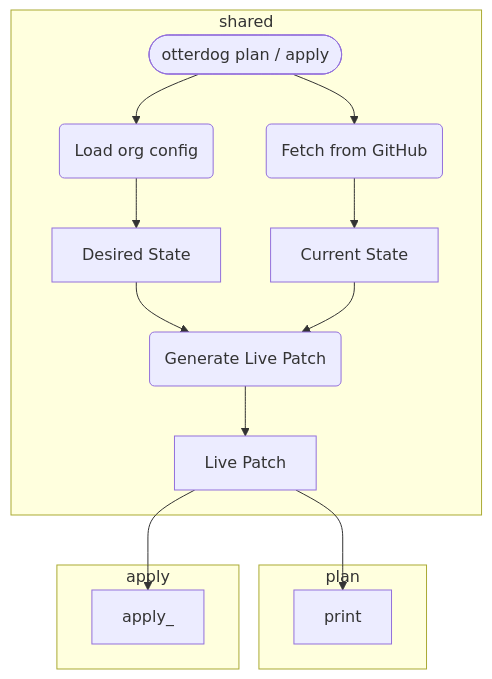
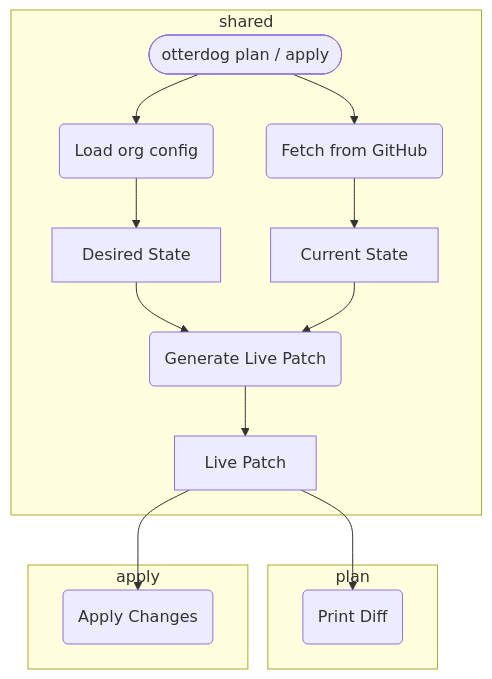
Before and after one commit to eclipse-csi/otterdog: the diagram in docs/developing_otterdog/architecture.md, drawn with Mermaid. The commit also changed other lines of this file and 5 other files, not shown here.

Commit message:
docs: fix mermaid rendering, broken link and some heading levels

````diff
--- a/docs/developing_otterdog/architecture.md
+++ b/docs/developing_otterdog/architecture.md
@@ -21,25 +21,25 @@
 ```mermaid
 flowchart TB
 subgraph shared
     cli_apply([otterdog plan / apply])
 
     cli_apply --> load_config(Load org config)
     load_config --> desired_config[Desired State]
 
     cli_apply --> load_live(Fetch from GitHub)
     load_live --> current_state[Current State]
 
     desired_config --> live_gen(Generate Live Patch)
     current_state --> live_gen
 
     live_gen --> live_patch[Live Patch]
 end
 
 subgraph plan
-  live_patch --> print
+  live_patch --> print(Print Diff)
 end
 
 subgraph apply
-  live_patch --> apply_
+  live_patch --> apply_changes(Apply Changes)
 end
 ```
````
